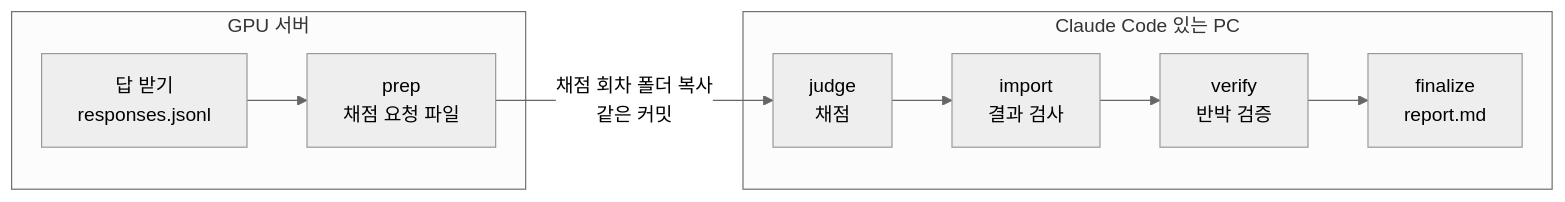
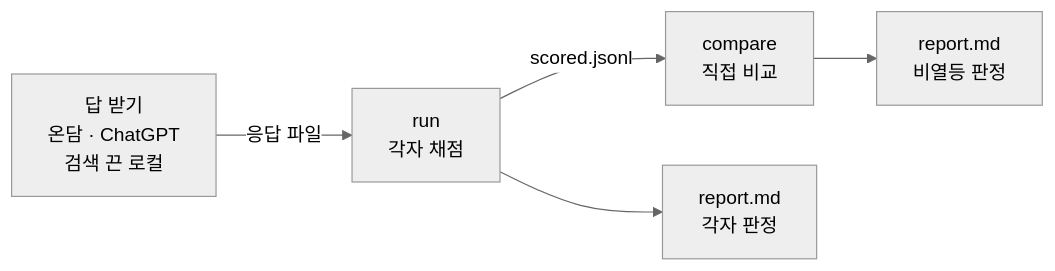
The diagram in docs/autoqa/INTEGRATION.md (YOONPYOGitHub/knowledge-distillation), drawn with Mermaid (neutral theme) before and after one commit. The commit also changed other lines of this file and 53 other files, not shown here.

````diff
--- a/docs/autoqa/INTEGRATION.md
+++ b/docs/autoqa/INTEGRATION.md
@@ -176,10 +156,7 @@
 ```mermaid
 flowchart LR
-  subgraph SV["GPU 서버"]
-    A["답 받기<br/>responses.jsonl"] --> B["prep<br/>채점 요청 파일"]
-  end
-  subgraph PC["Claude Code 있는 PC"]
-    C["judge<br/>채점"] --> D["import<br/>결과 검사"] --> E["verify<br/>반박 검증"] --> F["finalize<br/>report.md"]
-  end
-  B -->|"채점 회차 폴더 복사<br/>같은 커밋"| C
+  A["답 받기<br/>온담 · ChatGPT<br/>검색 끈 로컬"] -->|"응답 파일"| R["run<br/>각자 채점"]
+  R -->|"scored.jsonl"| C["compare<br/>직접 비교"]
+  R --> P1["report.md<br/>각자 판정"]
+  C --> P2["report.md<br/>비열등 판정"]
 ```
````
